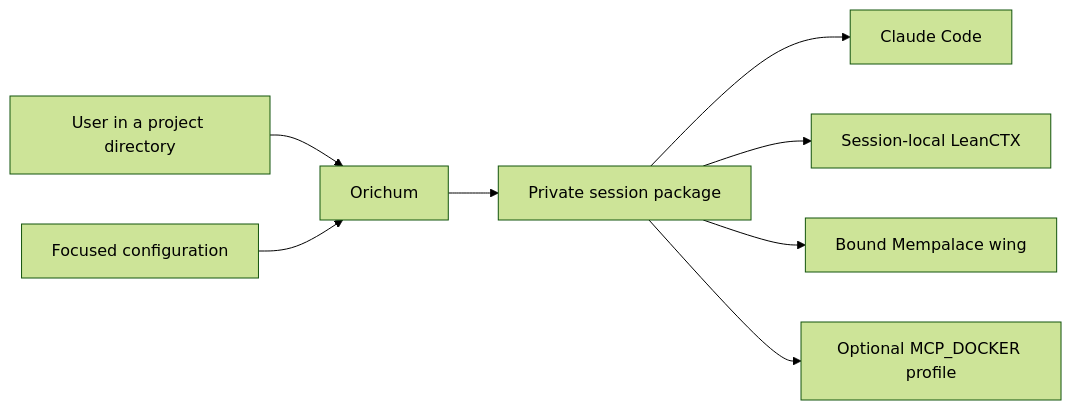
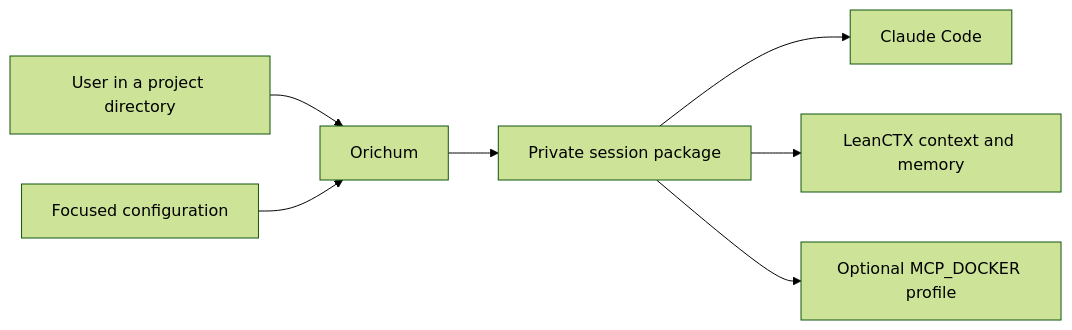
One commit to orichum/claudex-workflow changed the first of 3 diagrams in docs/architecture.md. Above: the diagram before and after it, drawn with Mermaid (forest theme). The commit also changed other lines of this file and 61 other files, not shown here.

Commit message:
Complete LeanCTX-native context migration

````diff
--- a/docs/architecture.md
+++ b/docs/architecture.md
@@ -5,10 +5,9 @@
 ```mermaid
 flowchart LR
     U["User in a project directory"] --> O["Orichum"]
     C["Focused configuration"] --> O
     O --> S["Private session package"]
     S --> CC["Claude Code"]
-    S --> L["Session-local LeanCTX"]
-    S --> M["Bound Mempalace wing"]
+    S --> L["LeanCTX context and memory"]
     S --> D["Optional MCP_DOCKER profile"]
 ```
````
